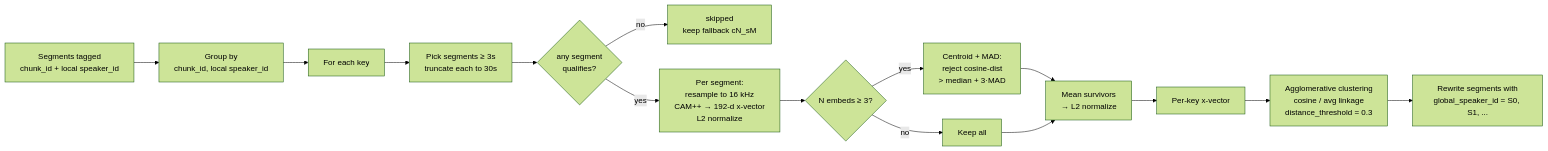
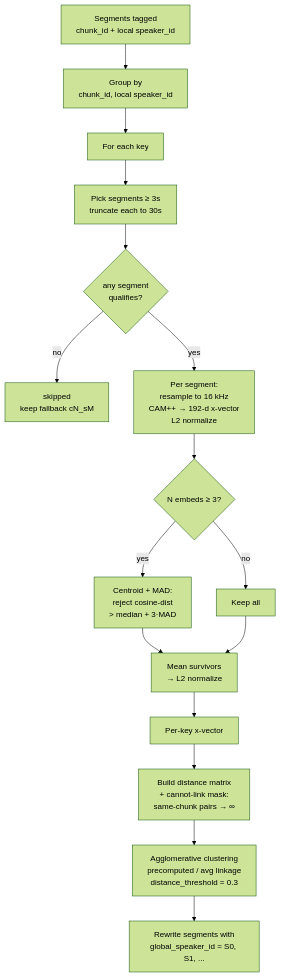
The second of 2 diagrams in README.md (JacobLinCool/modal-vibevoice), drawn with Mermaid (forest theme) before and after one commit. The commit also changed other lines of this file and 5 other files, not shown here.

Commit message:
feat: add speaker embeddings support and visualization scripts for clustering analysis

````diff
--- a/README.md
+++ b/README.md
@@ -230,17 +230,18 @@
 ```mermaid
-flowchart LR
+flowchart TD
     A[Segments tagged<br/>chunk_id + local speaker_id] --> B[Group by<br/>chunk_id, local speaker_id]
     B --> C[For each key]
     C --> D[Pick segments ≥ 3s<br/>truncate each to 30s]
     D --> E{any segment<br/>qualifies?}
     E -->|no| F[skipped<br/>keep fallback cN_sM]
     E -->|yes| G[Per segment:<br/>resample to 16 kHz<br/>CAM++ → 192-d x-vector<br/>L2 normalize]
     G --> H{N embeds ≥ 3?}
     H -->|yes| I[Centroid + MAD:<br/>reject cosine-dist<br/>&gt; median + 3·MAD]
     H -->|no| J[Keep all]
     I --> K[Mean survivors<br/>→ L2 normalize]
     J --> K
     K --> L[Per-key x-vector]
-    L --> M[Agglomerative clustering<br/>cosine / avg linkage<br/>distance_threshold = 0.3]
-    M --> N[Rewrite segments with<br/>global_speaker_id = S0, S1, ...]
+    L --> M[Build distance matrix<br/>+ cannot-link mask:<br/>same-chunk pairs → ∞]
+    M --> N[Agglomerative clustering<br/>precomputed / avg linkage<br/>distance_threshold = 0.3]
+    N --> O[Rewrite segments with<br/>global_speaker_id = S0, S1, ...]
 ```
````
